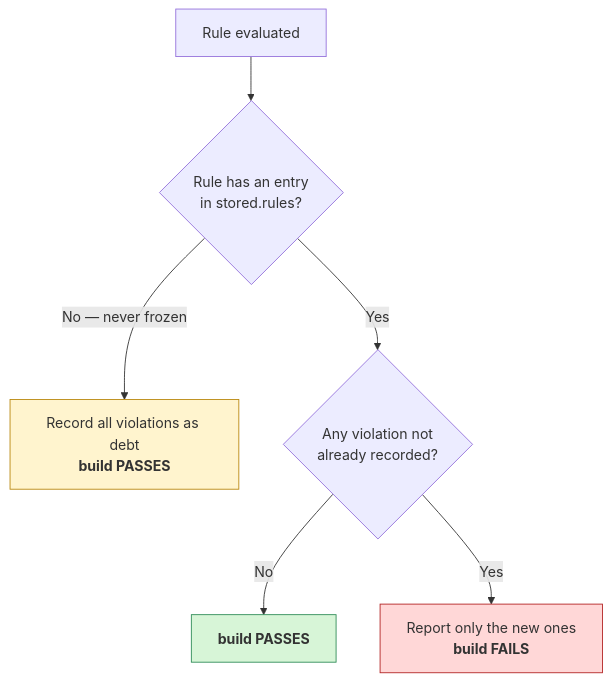
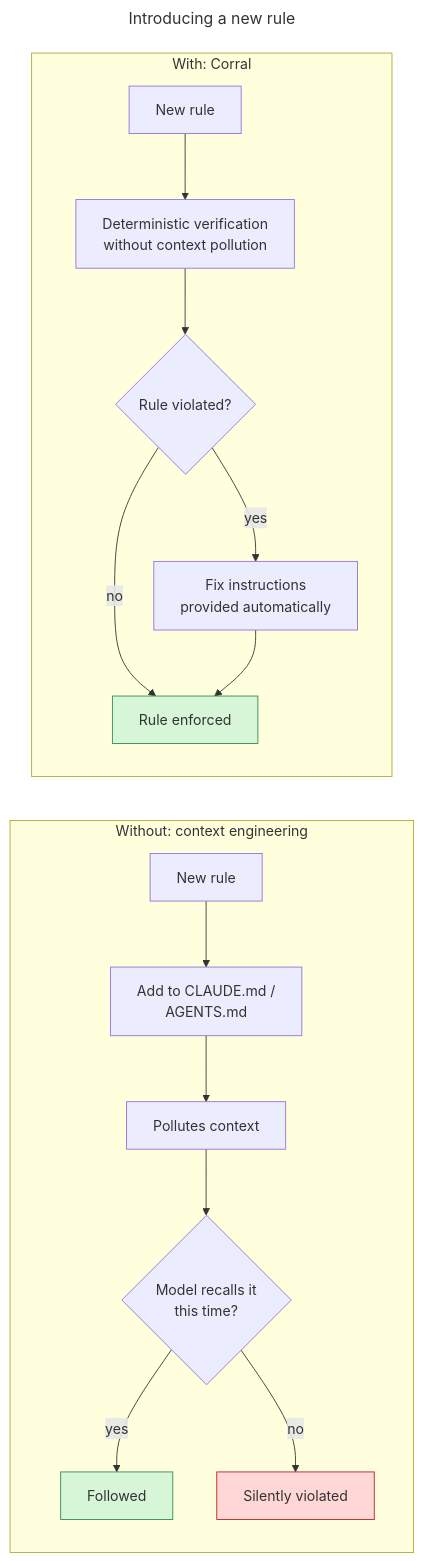
Before and after one commit to MilczekT1/Corral: the diagram in README.md, drawn with Mermaid. The commit also changed other lines of this file and 4 other files, not shown here.

````diff
--- a/README.md
+++ b/README.md
@@ -222,12 +12,25 @@
 ```mermaid
-flowchart TD
-    START["Rule evaluated"] --> KNOWN{"Rule has an entry<br/>in stored.rules?"}
-    KNOWN -->|"No — never frozen"| SEED["Record all violations as debt<br/><b>build PASSES</b>"]
-    KNOWN -->|"Yes"| DIFF{"Any violation not<br/>already recorded?"}
-    DIFF -->|"No"| PASS["<b>build PASSES</b>"]
-    DIFF -->|"Yes"| FAIL["Report only the new ones<br/><b>build FAILS</b>"]
-
-    style SEED fill:#fff4ce,stroke:#b8860b
-    style FAIL fill:#ffd7d7,stroke:#b22222
-    style PASS fill:#d7f5d7,stroke:#2e8b57
+---
+title: Introducing a new rule
+---
+flowchart LR
+    subgraph ctx["Without: context engineering"]
+        direction TB
+        A["New rule"] --> B["Add to CLAUDE.md /<br/>AGENTS.md"]
+        B --> C["Pollutes context"]
+        C --> D{"Model recalls it<br/>this time?"}
+        D -->|yes| E["Followed"]
+        D -->|no| F["Silently violated"]
+    end
+    subgraph cor["With: Corral"]
+        direction TB
+        G["New rule"] --> J["Deterministic verification <br/>without context pollution"]
+        J --> L{"Rule violated?"}
+        L -->|no| N["Rule enforced"]
+        L -->|yes| M["Fix instructions<br/>provided automatically"]
+        M --> N
+    end
+    style F fill:#ffd7d7,stroke:#b22222
+    style E fill:#d7f5d7,stroke:#2e8b57
+    style N fill:#d7f5d7,stroke:#2e8b57
 ```
````
